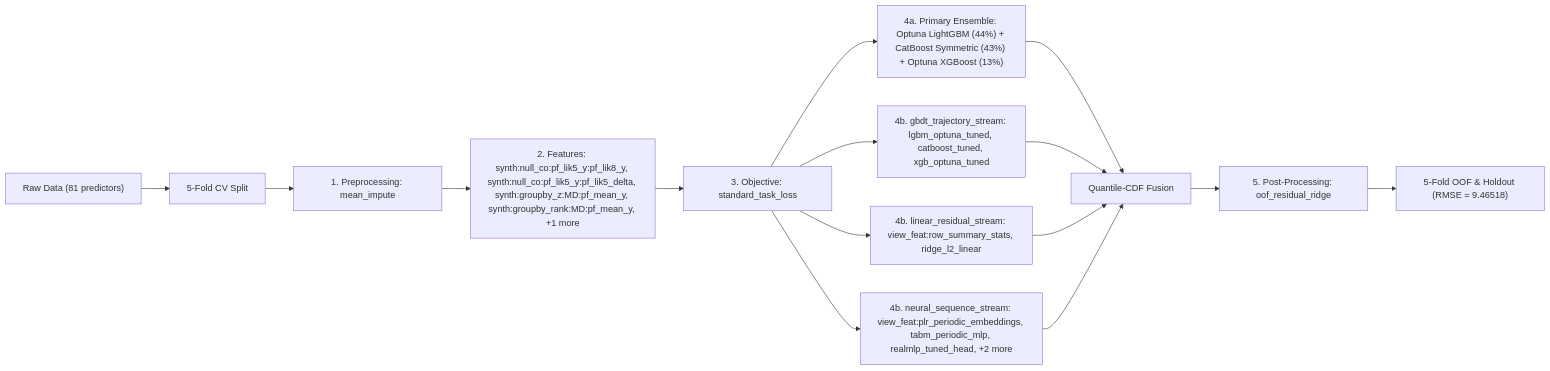
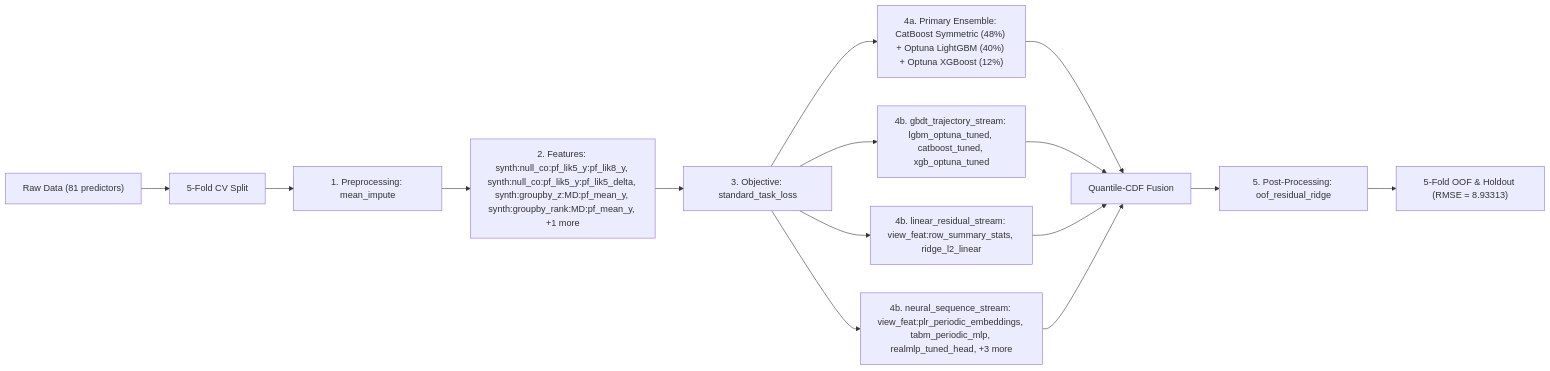
The diagram in README.md (stefanoclss/ROGII-Wellbore-Geology-Prediction), drawn with Mermaid before and after one commit. The commit also changed other lines of this file, not shown here.

First line of the commit message:
docs(readme): refresh verified OOF benchmark & build ledger (RMSE=8.93313)

````diff
--- a/README.md
+++ b/README.md
@@ -73,17 +74,17 @@
 ```mermaid
 flowchart LR
     DATA["Raw Data (81 predictors)"] --> SPLIT["5-Fold CV Split"]
     SPLIT --> PRE["1. Preprocessing: mean_impute"]
     PRE --> FEAT["2. Features: synth:null_co:pf_lik5_y:pf_lik8_y, synth:null_co:pf_lik5_y:pf_lik5_delta, synth:groupby_z:MD:pf_mean_y, synth:groupby_rank:MD:pf_mean_y, +1 more"]
     FEAT --> OBJ["3. Objective: standard_task_loss"]
-    OBJ --> M0["4a. Primary Ensemble: Optuna LightGBM (44%) + CatBoost Symmetric (43%) + Optuna XGBoost (13%)"]
+    OBJ --> M0["4a. Primary Ensemble: CatBoost Symmetric (48%) + Optuna LightGBM (40%) + Optuna XGBoost (12%)"]
     M0 --> FUSE["Quantile-CDF Fusion"]
     OBJ --> S1["4b. gbdt_trajectory_stream: lgbm_optuna_tuned, catboost_tuned, xgb_optuna_tuned"]
     S1 --> FUSE
     OBJ --> S2["4b. linear_residual_stream: view_feat:row_summary_stats, ridge_l2_linear"]
     S2 --> FUSE
-    OBJ --> S3["4b. neural_sequence_stream: view_feat:plr_periodic_embeddings, tabm_periodic_mlp, realmlp_tuned_head, +2 more"]
+    OBJ --> S3["4b. neural_sequence_stream: view_feat:plr_periodic_embeddings, tabm_periodic_mlp, realmlp_tuned_head, +3 more"]
     S3 --> FUSE
     FUSE --> POST["5. Post-Processing: oof_residual_ridge"]
-    POST --> OUT["5-Fold OOF & Holdout (RMSE = 9.46518)"]
+    POST --> OUT["5-Fold OOF & Holdout (RMSE = 8.93313)"]
 ```
````
